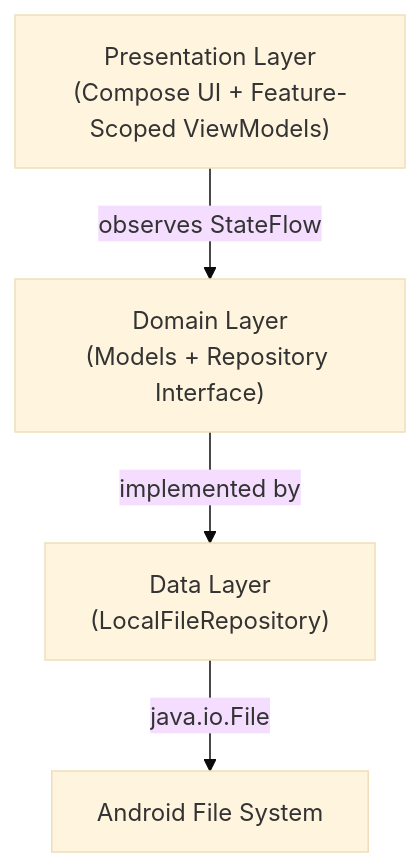
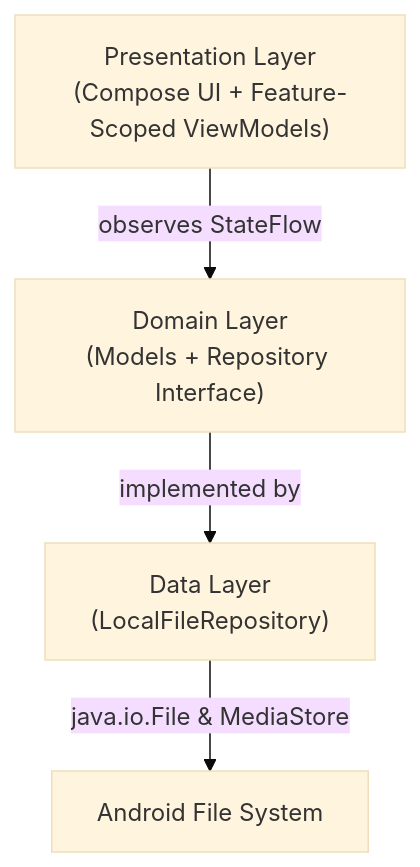
The diagram in DEVELOPMENT.md (qtremors/arcile), drawn with Mermaid (base theme) before and after one commit. The commit also changed other lines of this file and 30 other files, not shown here.

````diff
--- a/DEVELOPMENT.md
+++ b/DEVELOPMENT.md
@@ -33,6 +36,6 @@
 ```mermaid
 graph TD
     A["Presentation Layer<br/>(Compose UI + Feature-Scoped ViewModels)"] -->|observes StateFlow| B["Domain Layer<br/>(Models + Repository Interface)"]
     B -->|implemented by| C["Data Layer<br/>(LocalFileRepository)"]
-    C -->|java.io.File| D["Android File System"]
+    C -->|java.io.File & MediaStore| D["Android File System"]
 ```
````
